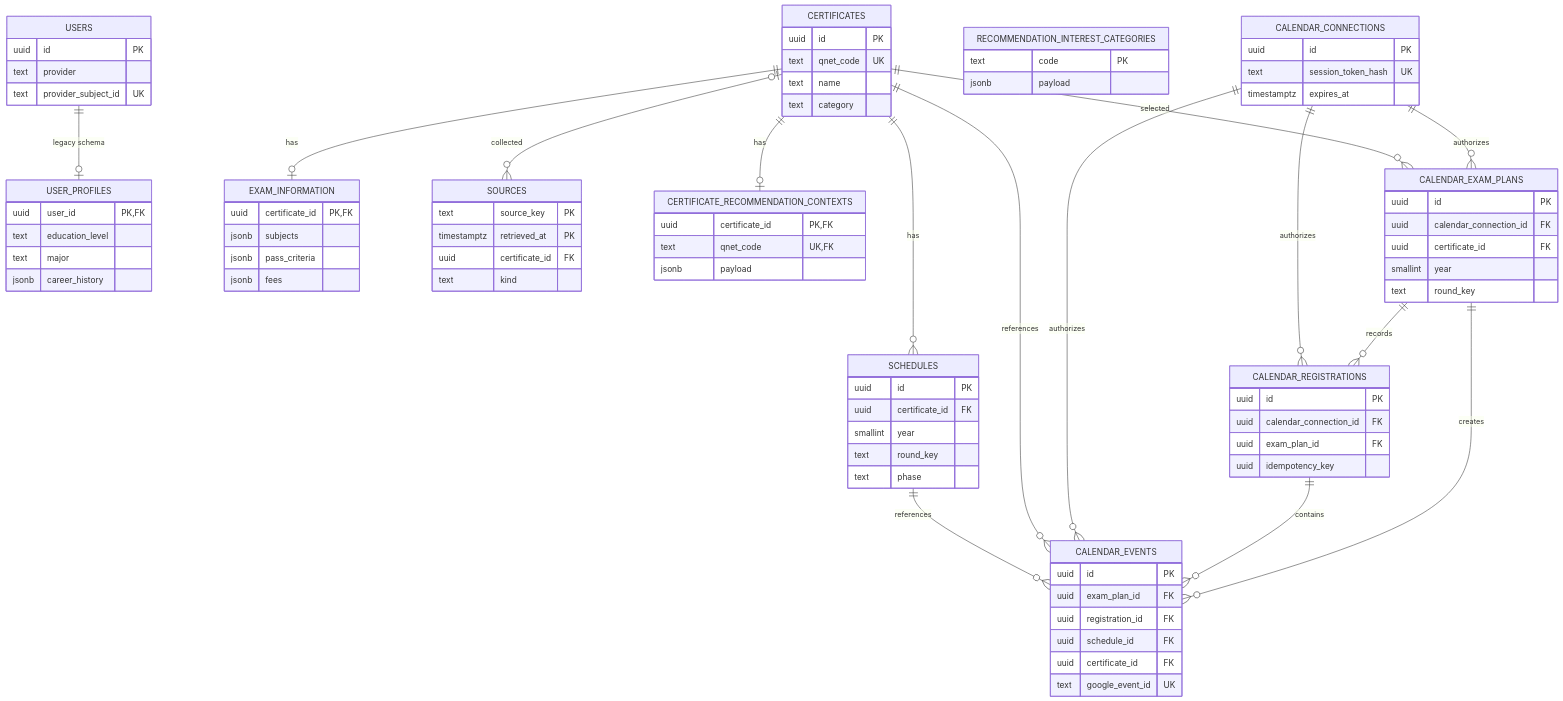
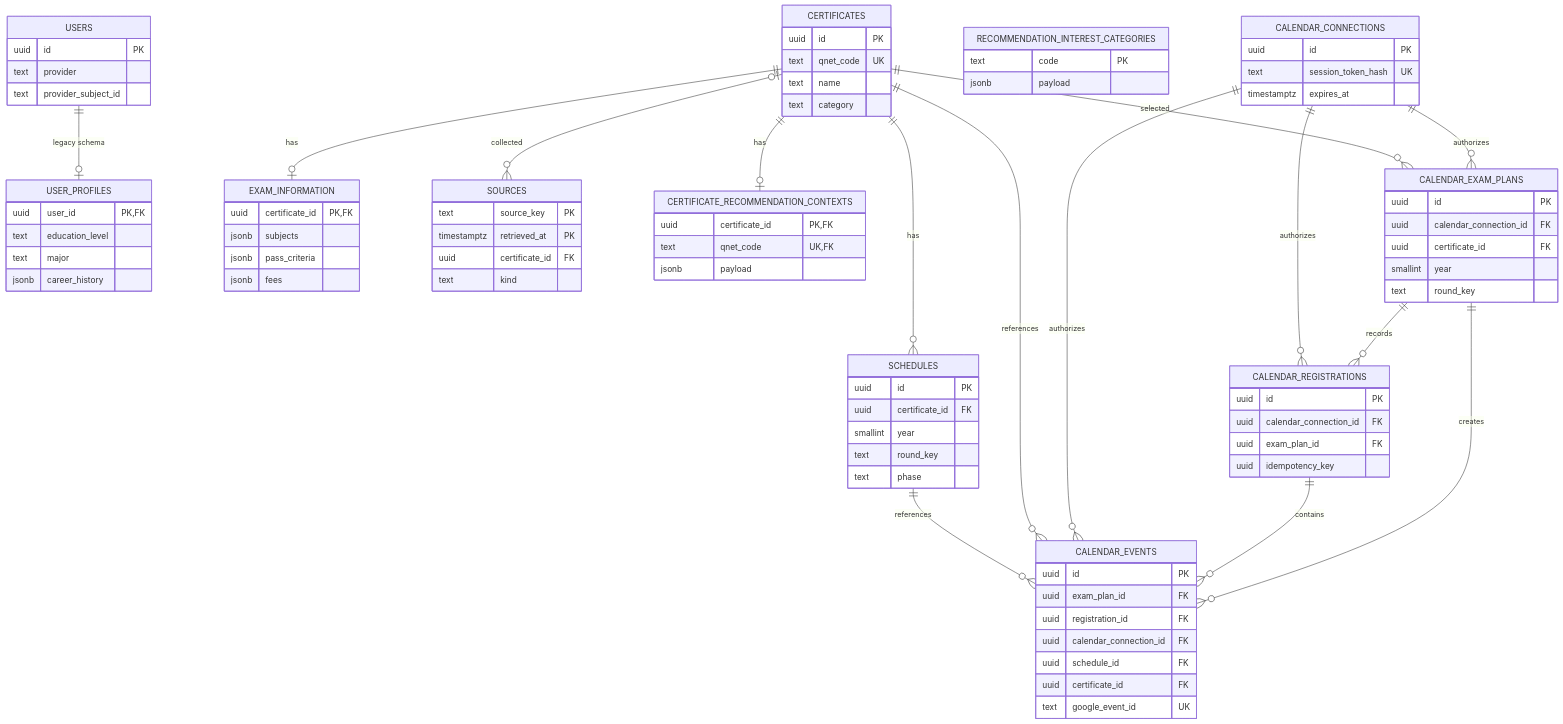
Before and after one commit to munchkin112/AIO_2_2_Q-net: the second of 2 diagrams in README.md, drawn with Mermaid. The commit also changed other lines of this file and 9 other files, not shown here.

```diff
--- a/README.md
+++ b/README.md
@@ -92,7 +164,7 @@
     USERS {
         uuid id PK
         text provider
-        text provider_subject_id UK
+        text provider_subject_id
     }
     USER_PROFILES {
         uuid user_id PK, FK
@@ -156,6 +228,7 @@
         uuid id PK
         uuid exam_plan_id FK
         uuid registration_id FK
+        uuid calendar_connection_id FK
         uuid schedule_id FK
         uuid certificate_id FK
         text google_event_id UK
```
